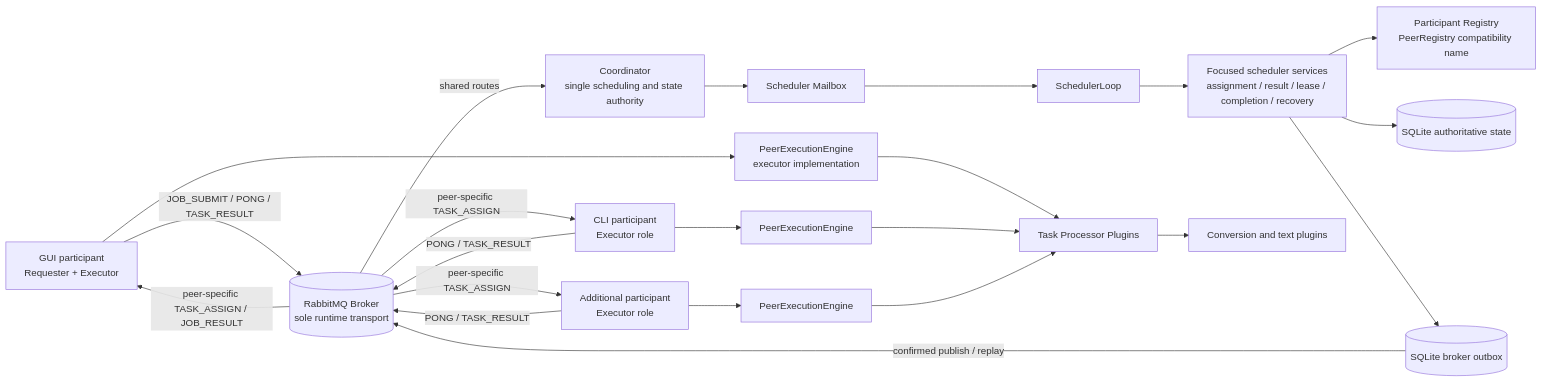
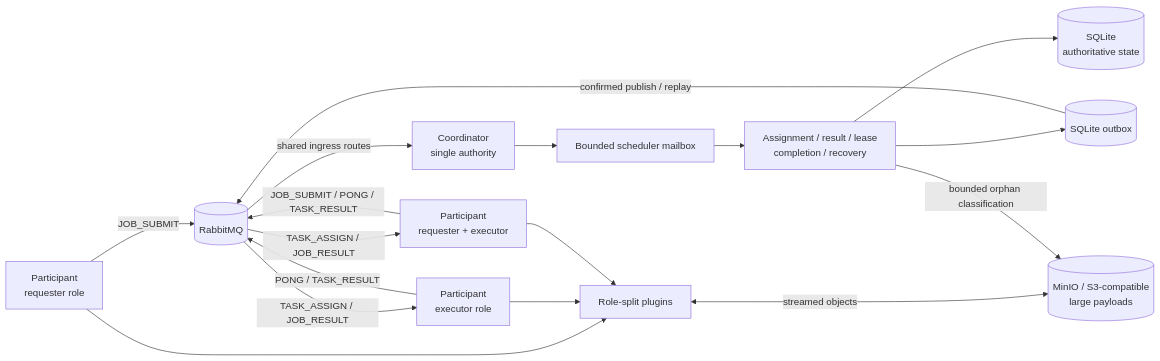
One commit to HuuPhu-Nguyen/Task-Flow-2 changed the diagram in README.md. Above: the diagram before and after it, drawn with Mermaid. The commit also changed other lines of this file and 1 other file, not shown here.

````diff
--- a/README.md
+++ b/README.md
@@ -42,30 +84,30 @@
 ```mermaid
 flowchart LR
-    ParticipantA[GUI participant<br/>Requester + Executor]
-    ParticipantB[CLI participant<br/>Executor role]
-    ParticipantC[Additional participant<br/>Executor role]
-    RabbitMQ[(RabbitMQ Broker<br/>sole runtime transport)]
-    Coordinator[Coordinator<br/>single scheduling and state authority]
+    Requester[Participant<br/>requester role]
+    ExecutorA[Participant<br/>executor role]
+    ExecutorB[Participant<br/>requester + executor]
+    RabbitMQ[(RabbitMQ)]
+    Coordinator[Coordinator<br/>single authority]
+    Mailbox[Bounded scheduler mailbox]
+    Services[Assignment / result / lease<br/>completion / recovery]
+    SQLite[(SQLite<br/>authoritative state)]
+    Outbox[(SQLite outbox)]
+    MinIO[(MinIO / S3-compatible<br/>large payloads)]
+    Plugins[Role-split plugins]
 
-    ParticipantA -->|JOB_SUBMIT / PONG / TASK_RESULT| RabbitMQ
-    ParticipantB -->|PONG / TASK_RESULT| RabbitMQ
-    ParticipantC -->|PONG / TASK_RESULT| RabbitMQ
-    RabbitMQ -->|shared routes| Coordinator
-    Coordinator --> Mailbox[Scheduler Mailbox]
-    Mailbox --> Loop[SchedulerLoop]
-    Loop --> Services[Focused scheduler services<br/>assignment / result / lease / completion / recovery]
-    Services --> Registry[Participant Registry<br/>PeerRegistry compatibility name]
-    Services --> Store[(SQLite authoritative state)]
-    Services --> Outbox[(SQLite broker outbox)]
+    Requester -->|JOB_SUBMIT| RabbitMQ
+    ExecutorA -->|PONG / TASK_RESULT| RabbitMQ
+    ExecutorB -->|JOB_SUBMIT / PONG / TASK_RESULT| RabbitMQ
+    RabbitMQ -->|shared ingress routes| Coordinator
+    Coordinator --> Mailbox --> Services
+    Services --> SQLite
+    Services --> Outbox
     Outbox -->|confirmed publish / replay| RabbitMQ
-    RabbitMQ -->|peer-specific TASK_ASSIGN / JOB_RESULT| ParticipantA
-    RabbitMQ -->|peer-specific TASK_ASSIGN| ParticipantB
-    RabbitMQ -->|peer-specific TASK_ASSIGN| ParticipantC
-    ParticipantA --> EngineA[PeerExecutionEngine<br/>executor implementation]
-    ParticipantB --> EngineB[PeerExecutionEngine]
-    ParticipantC --> EngineC[PeerExecutionEngine]
-    EngineA --> Plugins[Task Processor Plugins]
-    EngineB --> Plugins
-    EngineC --> Plugins
-    Plugins --> Conversion[Conversion and text plugins]
+    RabbitMQ -->|TASK_ASSIGN / JOB_RESULT| ExecutorA
+    RabbitMQ -->|TASK_ASSIGN / JOB_RESULT| ExecutorB
+    Requester --> Plugins
+    ExecutorA --> Plugins
+    ExecutorB --> Plugins
+    Plugins <-->|streamed objects| MinIO
+    Services -->|bounded orphan classification| MinIO
 ```
````
